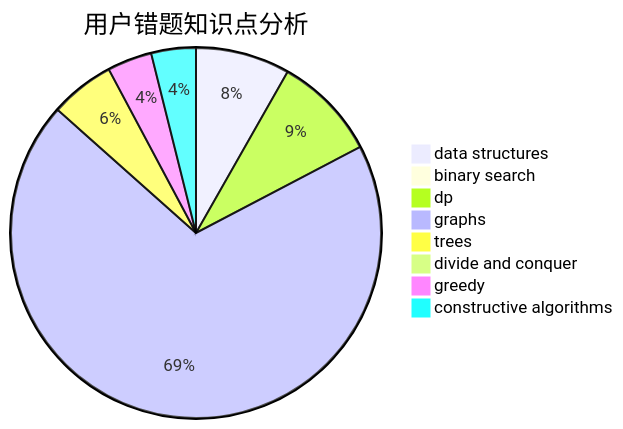
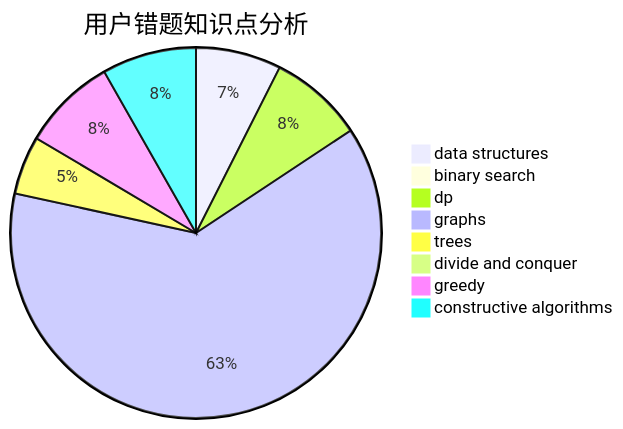
The third of 3 diagrams in docs/user/u2495.md (sherpahu/cfrs.github.io), drawn with Mermaid before and after one commit. The commit also changed other lines of this file and 2770 other files, not shown here.

````diff
--- a/docs/user/u2495.md
+++ b/docs/user/u2495.md
@@ -36,11 +36,11 @@
 ```mermaid
 pie title 用户错题知识点分析
     "data structures" :  19
     "binary search" :  0
     "dp" :  21
     "graphs" :  160
     "trees" :  13
     "divide and conquer" :  0
-    "greedy" :  9
-    "constructive algorithms" :  9
+    "greedy" :  21
+    "constructive algorithms" :  21
 ```
````
